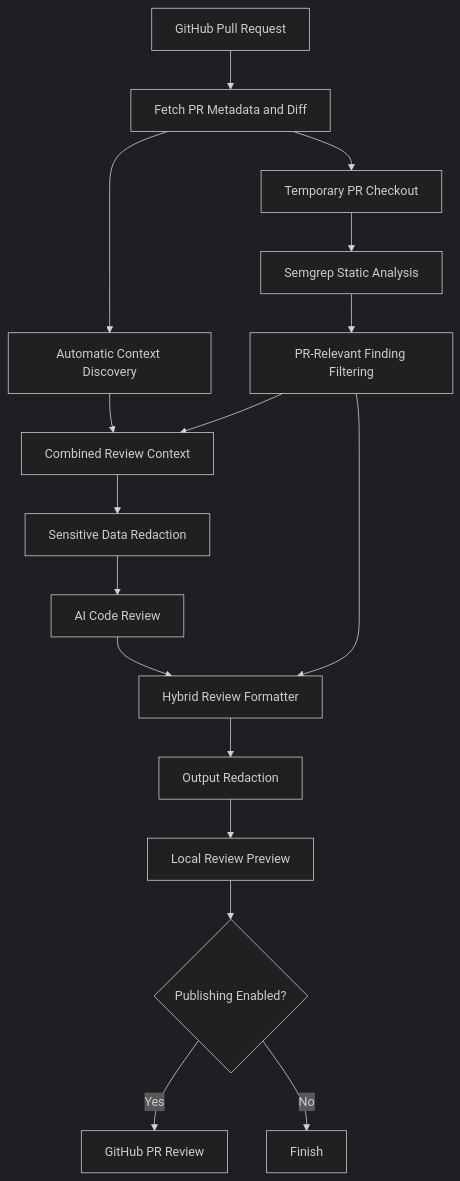
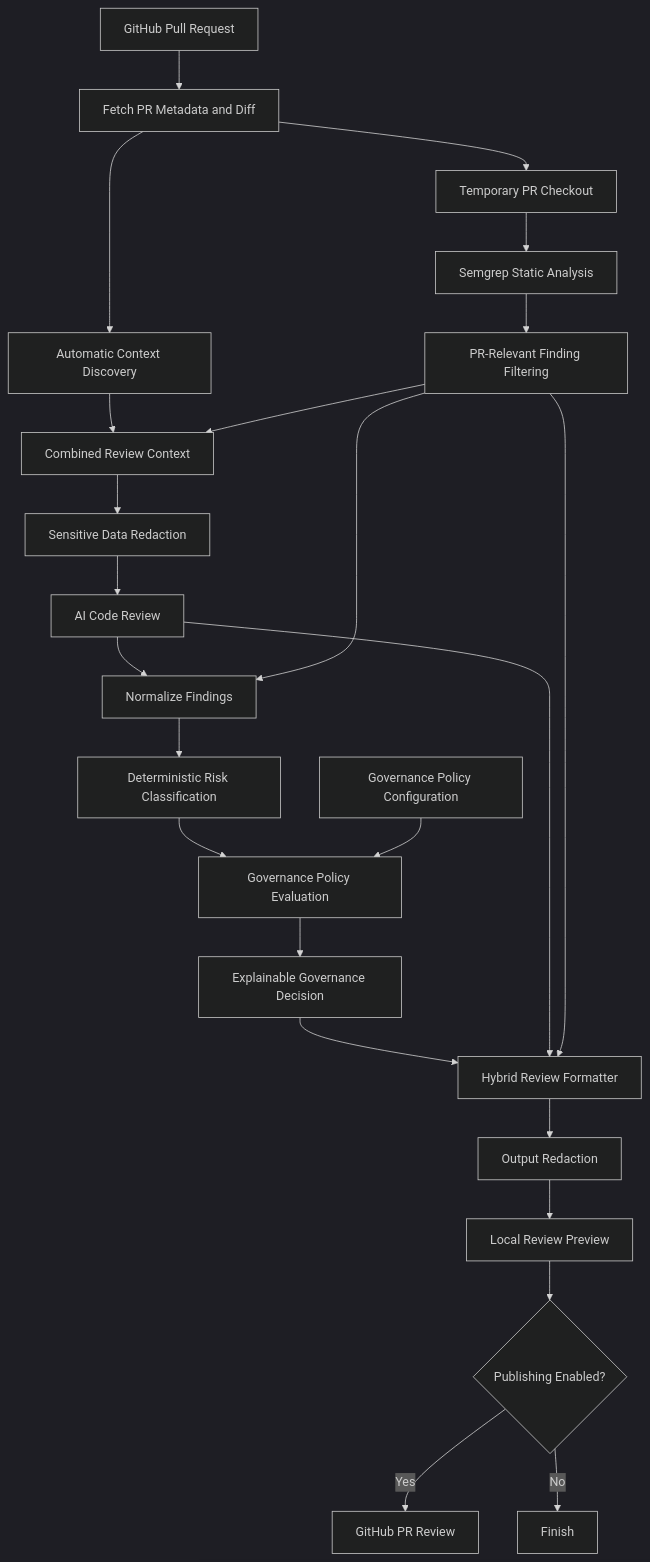
The diagram in README.md (jejegoscenko/ai-pr-governor), drawn with Mermaid (dark theme) before and after one commit. The commit also changed other lines of this file and 16 other files, not shown here.

Commit message:
feat: add deterministic risk classification and configurable governance policies

````diff
--- a/README.md
+++ b/README.md
@@ -18,19 +45,37 @@
 ```mermaid
 flowchart TD
     A[GitHub Pull Request] --> B[Fetch PR Metadata and Diff]
+
     B --> C[Automatic Context Discovery]
     B --> D[Temporary PR Checkout]
+
     D --> E[Semgrep Static Analysis]
     E --> F[PR-Relevant Finding Filtering]
+
     C --> G[Combined Review Context]
     F --> G
+
     G --> H[Sensitive Data Redaction]
     H --> I[AI Code Review]
-    I --> J[Hybrid Review Formatter]
+
+    I --> J[Normalize Findings]
     F --> J
-    J --> K[Output Redaction]
-    K --> L[Local Review Preview]
-    L --> M{Publishing Enabled?}
-    M -->|Yes| N[GitHub PR Review]
-    M -->|No| O[Finish]
+
+    J --> K[Deterministic Risk Classification]
+    K --> L[Governance Policy Evaluation]
+
+    P[Governance Policy Configuration] --> L
+
+    L --> M[Explainable Governance Decision]
+
+    M --> N[Hybrid Review Formatter]
+    I --> N
+    F --> N
+
+    N --> O[Output Redaction]
+    O --> Q[Local Review Preview]
+
+    Q --> R{Publishing Enabled?}
+    R -->|Yes| S[GitHub PR Review]
+    R -->|No| T[Finish]
 ```
````
